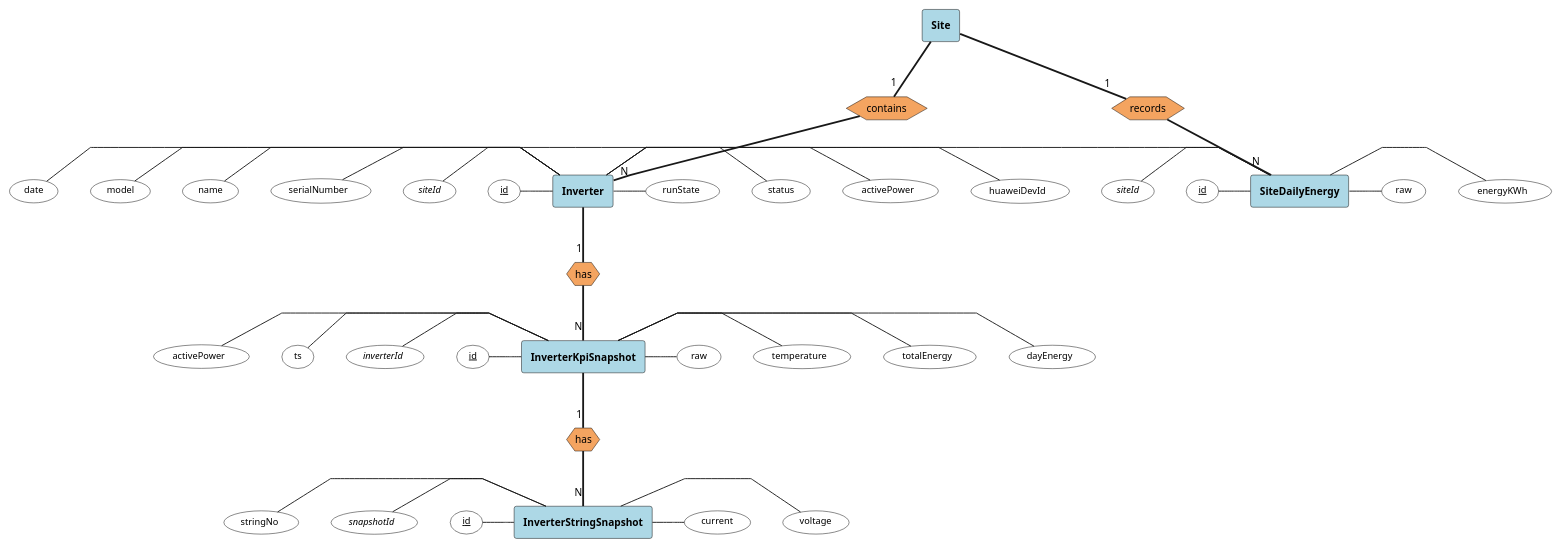
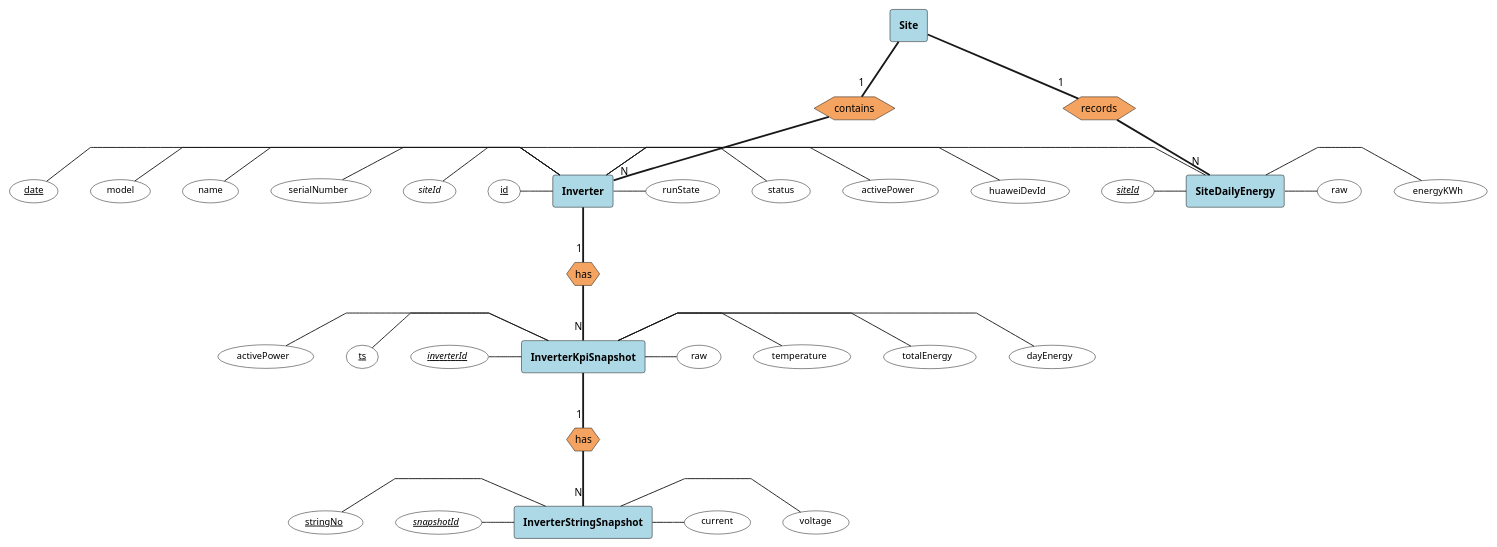
The diagram in docs/erd-chen-03-inverter-monitoring.puml (PowerVault-Services/Backend), drawn with PlantUML before and after one commit. The commit also changed 9 other files, not shown here.

First line of the commit message:
fix: use composite PK instead of surrogate id for non-entity tables in ERD

```diff
--- a/docs/erd-chen-03-inverter-monitoring.puml
+++ b/docs/erd-chen-03-inverter-monitoring.puml
@@ -1,121 +1,115 @@
 @startuml ERD_Chen_Inverter_Monitoring
 ' ============================================================
 ' Solar O&M — Inverter & Monitoring (Chen Notation)
 ' ============================================================
 
 top to bottom direction
 
 skinparam defaultFontSize 11
 skinparam linetype polyline
 
 skinparam rectangle {
   BackgroundColor #ADD8E6
   BorderColor #000000
   FontStyle bold
 }
 
 skinparam hexagon {
   BackgroundColor #F4A460
   BorderColor #000000
 }
 
 skinparam usecase {
   BackgroundColor #FFFFFF
   BorderColor #000000
   FontSize 10
 }
 
 ' ── Site (ref) ──
 rectangle "Site" as E_Site
 
 ' ── Inverter ──
 rectangle "Inverter" as E_Inv
 
 usecase "<u>id</u>" as A_I_id
 usecase "//siteId//" as A_I_sid
 usecase "serialNumber" as A_I_sn
 usecase "name" as A_I_name
 usecase "model" as A_I_model
 usecase "huaweiDevId" as A_I_hid
 usecase "activePower" as A_I_ap
 usecase "status" as A_I_st
 usecase "runState" as A_I_rs
 
 E_Inv -left- A_I_id
 E_Inv -left- A_I_sid
 E_Inv -left- A_I_sn
 E_Inv -left- A_I_name
 E_Inv -left- A_I_model
 E_Inv -right- A_I_hid
 E_Inv -right- A_I_ap
 E_Inv -right- A_I_st
 E_Inv -right- A_I_rs
 
 hexagon "contains" as R_contains
 E_Site == "1" R_contains
 R_contains == "N" E_Inv
 
 ' ── InverterKpiSnapshot ──
 rectangle "InverterKpiSnapshot" as E_KPI
 
-usecase "<u>id</u>" as A_K_id
-usecase "//inverterId//" as A_K_iid
-usecase "ts" as A_K_ts
+usecase "<u>//inverterId//</u>" as A_K_iid
+usecase "<u>ts</u>" as A_K_ts
 usecase "activePower" as A_K_ap
 usecase "dayEnergy" as A_K_de
 usecase "totalEnergy" as A_K_te
 usecase "temperature" as A_K_temp
 usecase "raw" as A_K_raw
 
-E_KPI -left- A_K_id
 E_KPI -left- A_K_iid
 E_KPI -left- A_K_ts
 E_KPI -left- A_K_ap
 E_KPI -right- A_K_de
 E_KPI -right- A_K_te
 E_KPI -right- A_K_temp
 E_KPI -right- A_K_raw
 
 hexagon "has" as R_inv_kpi
 E_Inv == "1" R_inv_kpi
 R_inv_kpi == "N" E_KPI
 
 ' ── InverterStringSnapshot ──
 rectangle "InverterStringSnapshot" as E_Str
 
-usecase "<u>id</u>" as A_Str_id
-usecase "//snapshotId//" as A_Str_sid
-usecase "stringNo" as A_Str_no
+usecase "<u>//snapshotId//</u>" as A_Str_sid
+usecase "<u>stringNo</u>" as A_Str_no
 usecase "voltage" as A_Str_v
 usecase "current" as A_Str_c
 
-E_Str -left- A_Str_id
 E_Str -left- A_Str_sid
 E_Str -left- A_Str_no
 E_Str -right- A_Str_v
 E_Str -right- A_Str_c
 
 hexagon "has" as R_kpi_str
 E_KPI == "1" R_kpi_str
 R_kpi_str == "N" E_Str
 
 ' ── SiteDailyEnergy ──
 rectangle "SiteDailyEnergy" as E_Daily
 
-usecase "<u>id</u>" as A_D_id
-usecase "//siteId//" as A_D_sid
-usecase "date" as A_D_dt
+usecase "<u>//siteId//</u>" as A_D_sid
+usecase "<u>date</u>" as A_D_dt
 usecase "energyKWh" as A_D_e
 usecase "raw" as A_D_raw
 
-E_Daily -left- A_D_id
 E_Daily -left- A_D_sid
 E_Daily -left- A_D_dt
 E_Daily -right- A_D_e
 E_Daily -right- A_D_raw
 
 hexagon "records" as R_site_daily
 E_Site == "1" R_site_daily
 R_site_daily == "N" E_Daily
 
 @enduml
```
